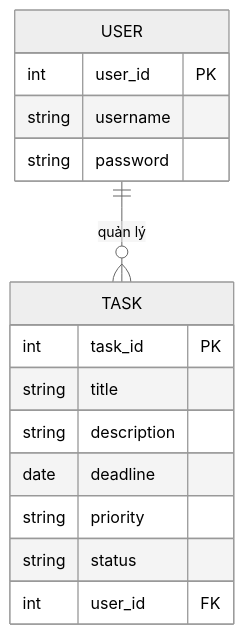
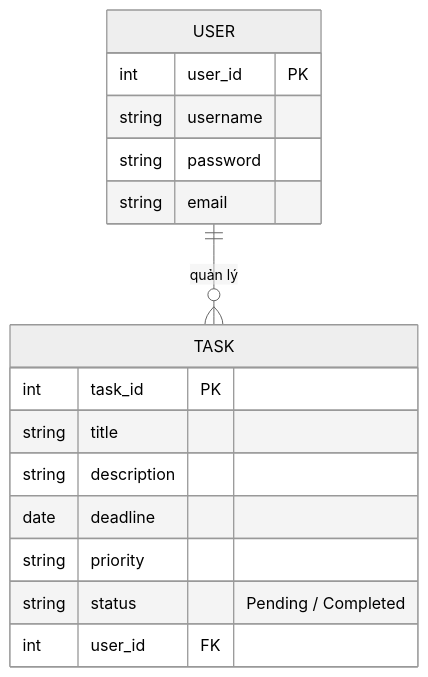
The fourth of 5 diagrams in ANALYSIS.md (anhngocto-prog/He-thong-quan-ly-va-theo-doi-tien-do-cong-viec-ca-nhan), drawn with Mermaid (neutral theme) before and after one commit. The commit also changed other lines of this file, not shown here.

````diff
--- a/ANALYSIS.md
+++ b/ANALYSIS.md
@@ -162,20 +147,21 @@
 ```mermaid
 erDiagram
     USER ||--o{ TASK : "quản lý"
 
     USER {
         int user_id PK
         string username
         string password
+        string email
     }
 
     TASK {
         int task_id PK
         string title
         string description
         date deadline
         string priority
-        string status
+        string status "Pending / Completed"
         int user_id FK
     }
 ```
````
